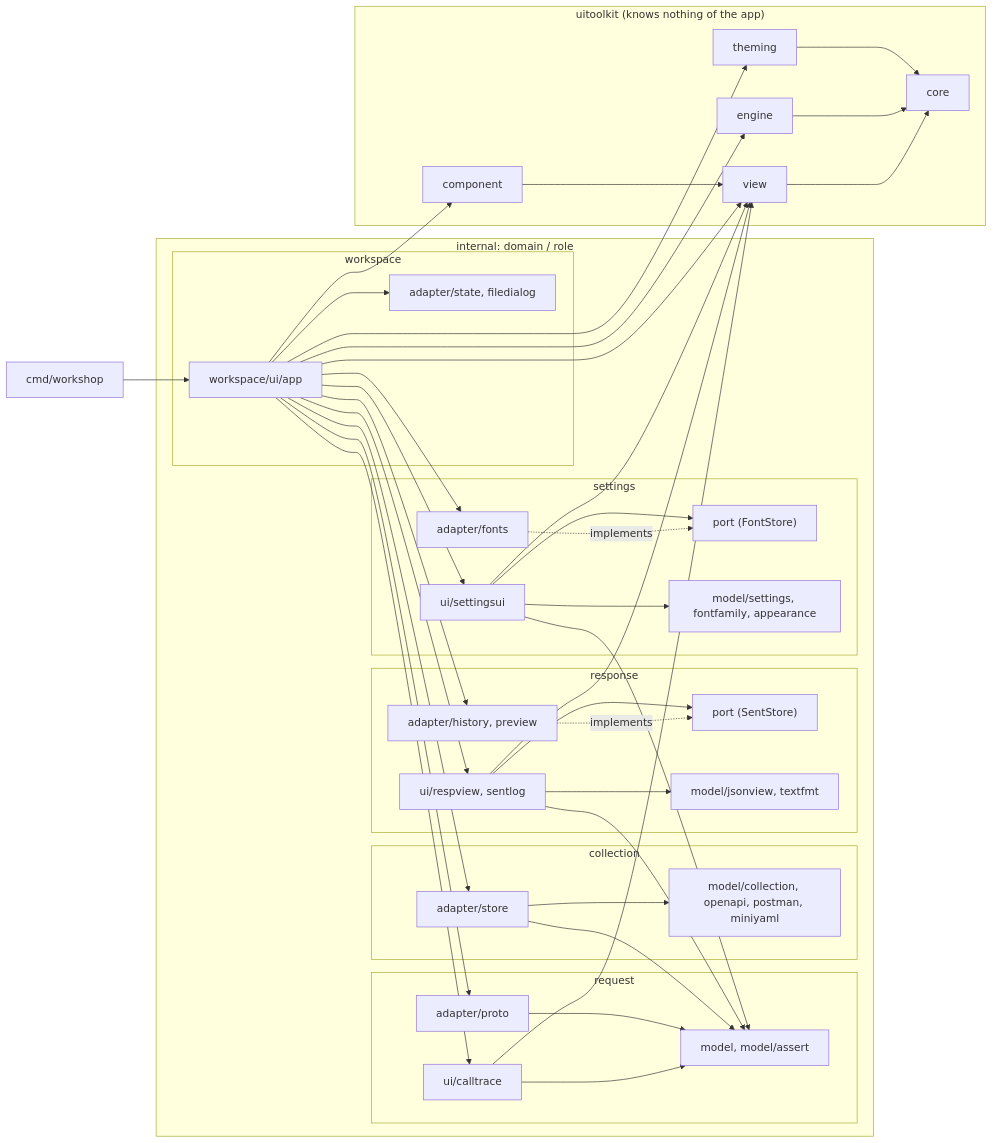
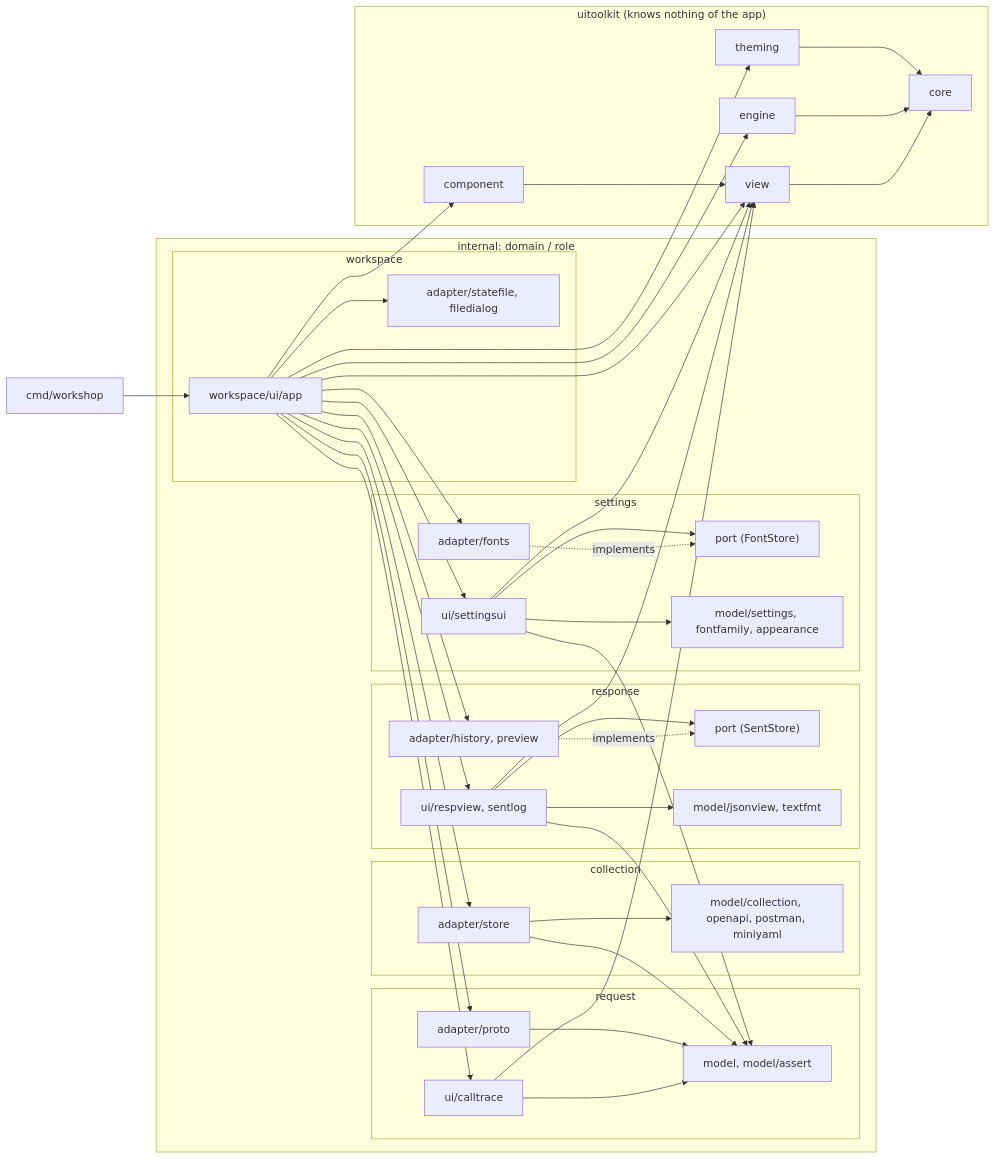
The diagram in .harness/architecture.md (gascoigne-ai/gascoigne-workshop), drawn with Mermaid before and after one commit. The commit also changed other lines of this file and 15 other files, not shown here.

````diff
--- a/.harness/architecture.md
+++ b/.harness/architecture.md
@@ -5,48 +5,48 @@
 ```mermaid
 flowchart LR
   cmd["cmd/workshop"] --> app["workspace/ui/app"]
   subgraph domains["internal: domain / role"]
     subgraph request
       rui["ui/calltrace"]
       rad["adapter/proto"]
       rmod["model, model/assert"]
     end
     subgraph collection
       cad["adapter/store"]
       cmod["model/collection, openapi, postman, miniyaml"]
     end
     subgraph response
       sui["ui/respview, sentlog"]
       sport["port (SentStore)"]
       sad["adapter/history, preview"]
       smod["model/jsonview, textfmt"]
     end
     subgraph settings
       tui["ui/settingsui"]
       tport["port (FontStore)"]
       tad["adapter/fonts"]
       tmod["model/settings, fontfamily, appearance"]
     end
     subgraph workspace
       app
-      wad["adapter/state, filedialog"]
+      wad["adapter/statefile, filedialog"]
     end
   end
   app --> rui & rad & cad & sui & sad & tui & tad & wad
   rui & rad & cad & sui & tui --> rmod
   sad -. implements .-> sport
   sui --> sport
   tad -. implements .-> tport
   tui --> tport
   tui --> tmod
   cad --> cmod
   sui --> smod
   subgraph toolkit["uitoolkit (knows nothing of the app)"]
     component["component"] --> view["view"]
     view --> core["core"]
     engine["engine"] --> core
     theming["theming"] --> core
   end
   app --> component & view & engine & theming
   rui & sui & tui --> view
 ```
````
